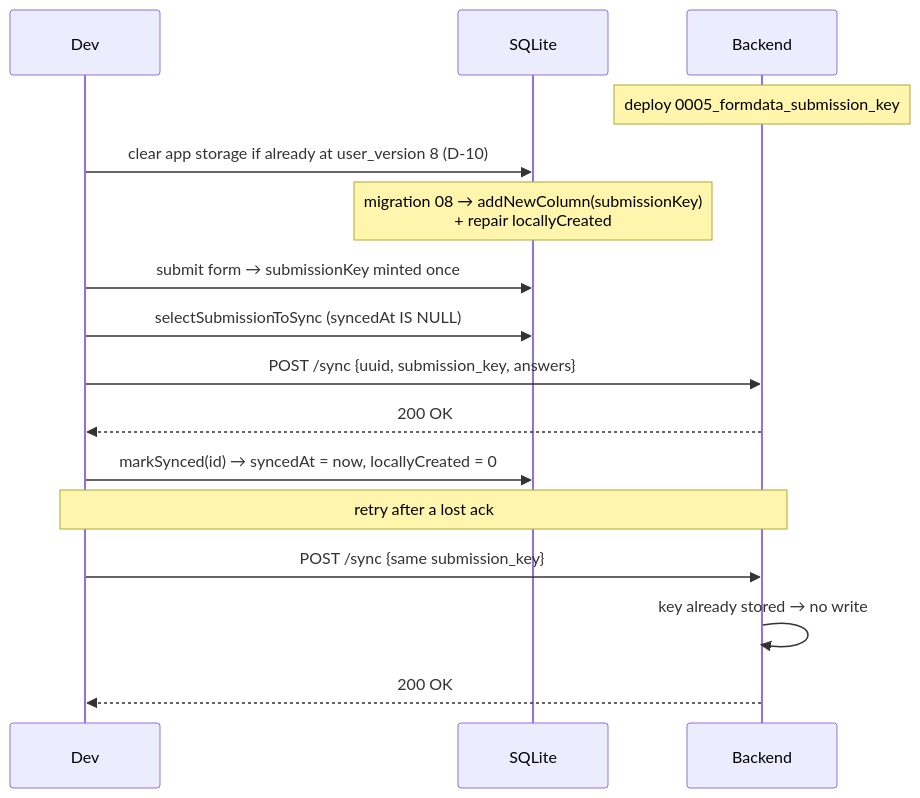
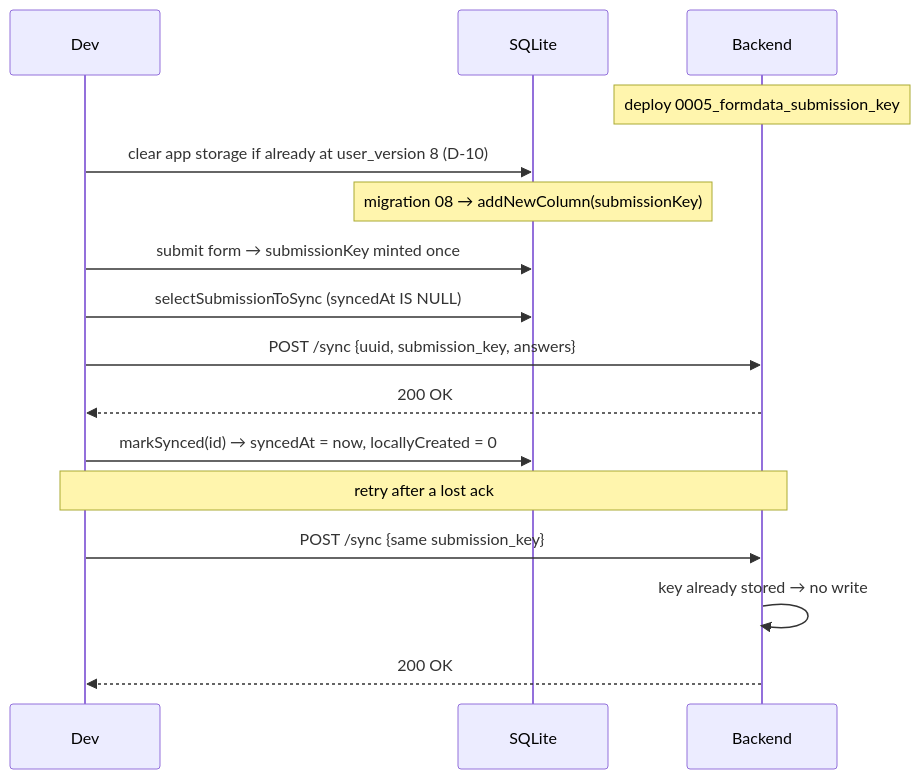
The third of 3 diagrams in doc/design/APP-255-submitted-datapoint-lifecycle.md (akvo/akvo-mis), drawn with Mermaid before and after one commit. The commit also changed other lines of this file and 5 other files, not shown here.

````diff
--- a/doc/design/APP-255-submitted-datapoint-lifecycle.md
+++ b/doc/design/APP-255-submitted-datapoint-lifecycle.md
@@ -738,21 +804,21 @@
 ```mermaid
 sequenceDiagram
     participant Dev
     participant DB as SQLite
     participant API as Backend
 
     Note over API: deploy 0005_formdata_submission_key
     Dev->>DB: clear app storage if already at user_version 8 (D-10)
-    Note over DB: migration 08 → addNewColumn(submissionKey)<br/>+ repair locallyCreated
+    Note over DB: migration 08 → addNewColumn(submissionKey)
 
     Dev->>DB: submit form → submissionKey minted once
     Dev->>DB: selectSubmissionToSync (syncedAt IS NULL)
     Dev->>API: POST /sync {uuid, submission_key, answers}
     API-->>Dev: 200 OK
     Dev->>DB: markSynced(id) → syncedAt = now, locallyCreated = 0
 
     Note over Dev,API: retry after a lost ack
     Dev->>API: POST /sync {same submission_key}
     API->>API: key already stored → no write
     API-->>Dev: 200 OK
 ```
````
